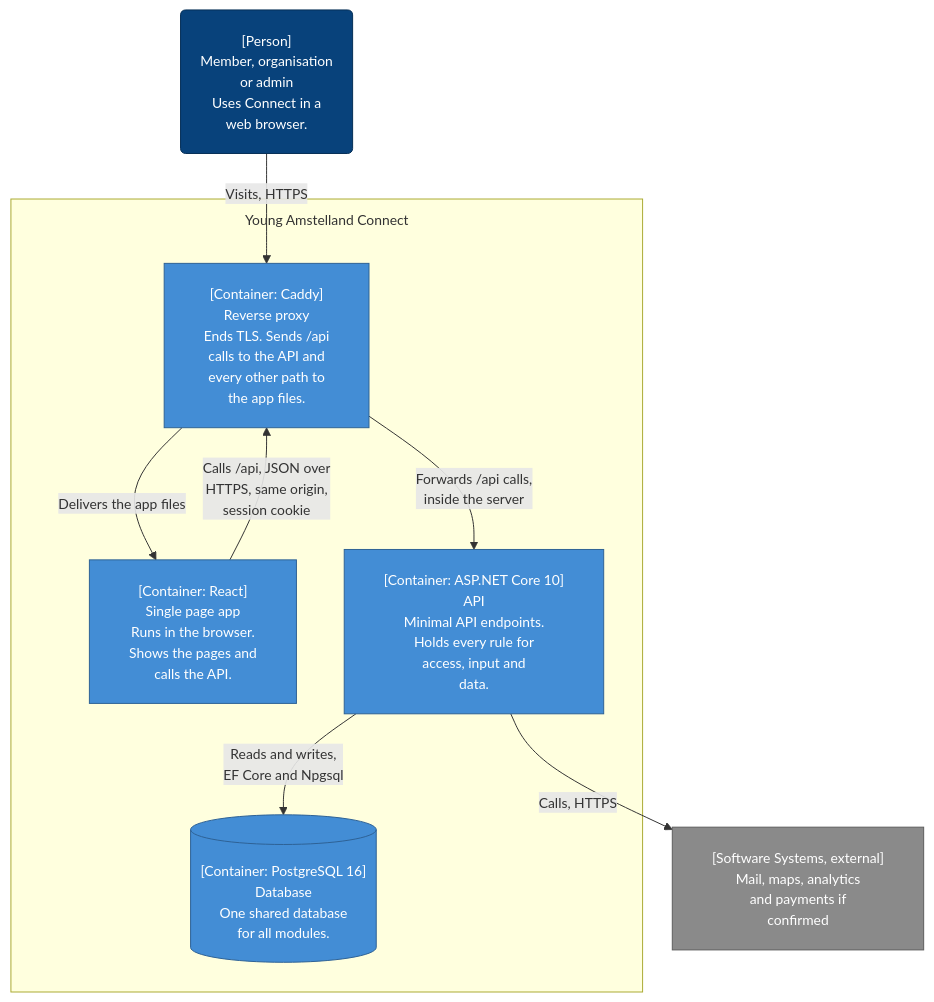
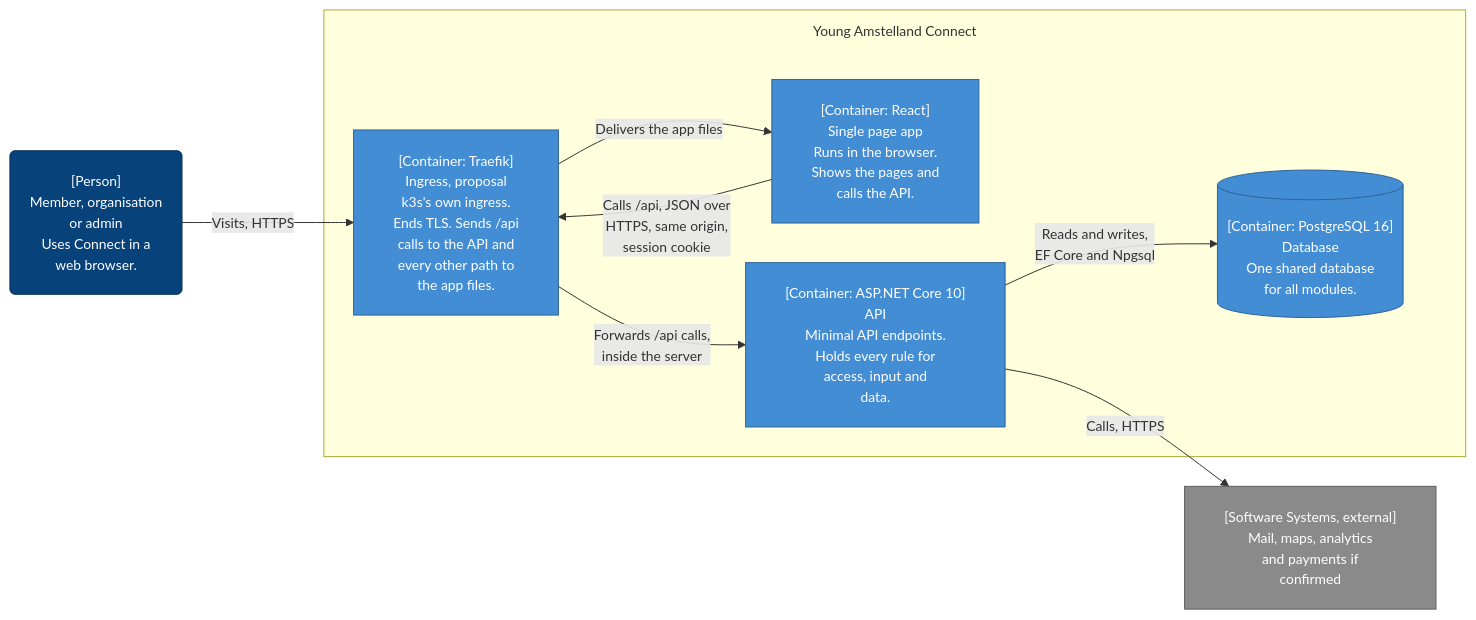
One commit to guruITA/connect-nine changed the third of 8 diagrams in docs/wesley/securityAndArchitecture.md. Above: the diagram before and after it, drawn with Mermaid. The commit also changed other lines of this file and 4 other files, not shown here.

Commit message:
docs(docs): add Kubernetes and mermaid diagrams to the architecture and research documents (#38)

````diff
--- a/docs/wesley/securityAndArchitecture.md
+++ b/docs/wesley/securityAndArchitecture.md
@@ -312,24 +335,24 @@
 ```mermaid
 %%{init: {'flowchart': {'wrappingWidth': 220, 'padding': 20, 'nodeSpacing': 40, 'rankSpacing': 60, 'subGraphTitleMargin': {'top': 10, 'bottom': 25}}, 'themeVariables': {'fontSize': '14px'}}}%%
-flowchart TB
+flowchart LR
     user("[Person]<br/>Member, organisation<br/>or admin<br/>Uses Connect in a<br/>web browser.")
     subgraph connect ["Young Amstelland Connect"]
-        proxy["[Container: Caddy]<br/>Reverse proxy<br/>Ends TLS. Sends /api<br/>calls to the API and<br/>every other path to<br/>the app files."]
+        proxy["[Container: Traefik]<br/>Ingress, proposal<br/>k3s's own ingress.<br/>Ends TLS. Sends /api<br/>calls to the API and<br/>every other path to<br/>the app files."]
         spa["[Container: React]<br/>Single page app<br/>Runs in the browser.<br/>Shows the pages and<br/>calls the API."]
         api["[Container: ASP.NET Core 10]<br/>API<br/>Minimal API endpoints.<br/>Holds every rule for<br/>access, input and<br/>data."]
         db[("[Container: PostgreSQL 16]<br/>Database<br/>One shared database<br/>for all modules.")]
     end
     ext["[Software Systems, external]<br/>Mail, maps, analytics<br/>and payments if<br/>confirmed"]
     user -->|"Visits, HTTPS"| proxy
     proxy -->|"Delivers the app files"| spa
     spa -->|"Calls /api, JSON over<br/>HTTPS, same origin,<br/>session cookie"| proxy
     proxy -->|"Forwards /api calls,<br/>inside the server"| api
     api -->|"Reads and writes,<br/>EF Core and Npgsql"| db
     api -->|"Calls, HTTPS"| ext
     classDef person fill:#08427b,color:#ffffff,stroke:#052e56
     classDef container fill:#438dd5,color:#ffffff,stroke:#2e6295
     classDef external fill:#8a8a8a,color:#ffffff,stroke:#5e5e5e
     class user person
     class proxy,spa,api,db container
     class ext external
 ```
````
